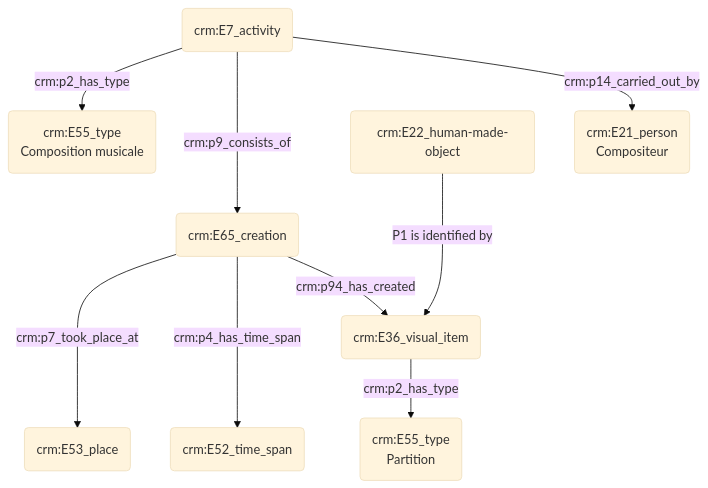
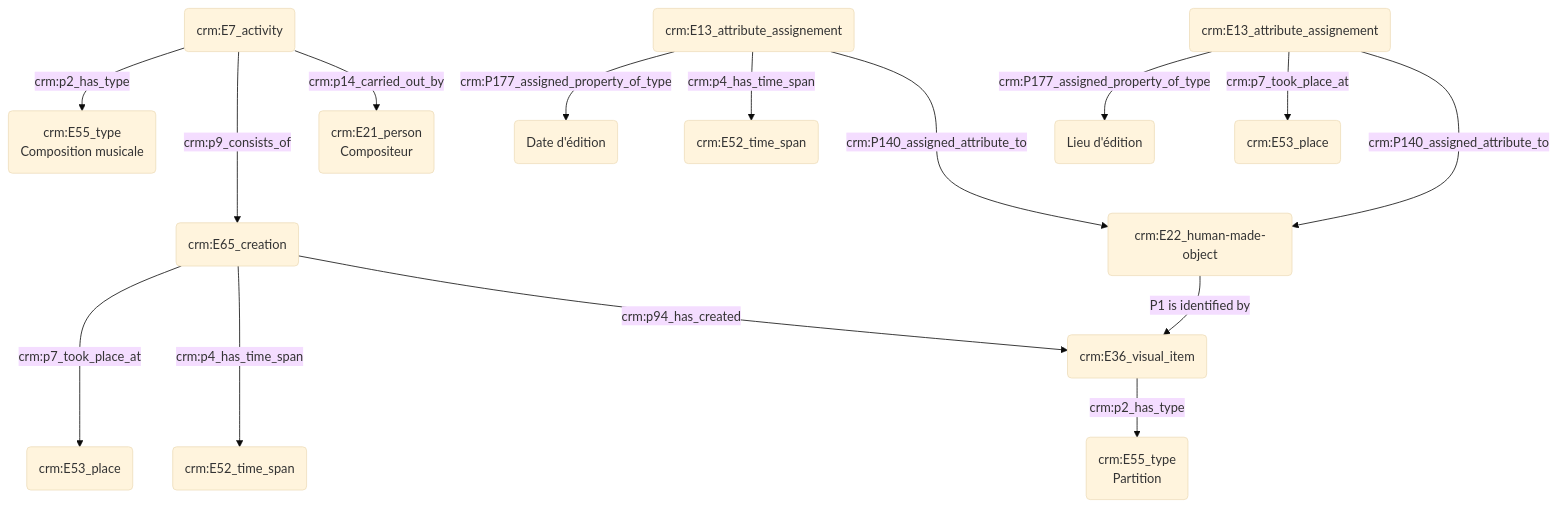
The second of 2 diagrams in modules/indexation_conceptuelle/index.md (Amleth/consortium-musica2-gt2-ontologies), drawn with Mermaid (base theme) before and after one commit. The commit also changed other lines of this file, not shown here.

````diff
--- a/modules/indexation_conceptuelle/index.md
+++ b/modules/indexation_conceptuelle/index.md
@@ -33,15 +33,23 @@
 ```mermaid
 graph TD;
 E(crm:E7_activity) --> |crm:p14_carried_out_by| C(crm:E21_person<br>Compositeur)
 A(crm:E36_visual_item) --> |crm:p2_has_type| B(crm:E55_type<br>Partition)
 E(crm:E7_activity) --->|crm:p9_consists_of| D(crm:E65_creation)
 E(crm:E7_activity) --> |crm:p2_has_type| F(crm:E55_type<br>Composition musicale)
 
 D(crm:E65_creation) --> |crm:p94_has_created| A(crm:E36_visual_item)
 D(crm:E65_creation) ---> |crm:p4_has_time_span| H(crm:E52_time_span)
 D(crm:E65_creation) ---> |crm:p7_took_place_at| I(crm:E53_place)
 
+G(crm:E22_human-made-object)--> |P1 is identified by| A(crm:E36_visual_item)
+J(crm:E13_attribute_assignement) ---> |crm:P140_assigned_attribute_to| G(crm:E22_human-made-object)
+J(crm:E13_attribute_assignement) --> |crm:p4_has_time_span| K(crm:E52_time_span)
+J(crm:E13_attribute_assignement) --> |crm:P177_assigned_property_of_type| N(Date d'édition)
 
-G(crm:E22_human-made-object)  ---> |P1 is identified by| A(crm:E36_visual_item)
+L(crm:E13_attribute_assignement) ---> |crm:P140_assigned_attribute_to| G(crm:E22_human-made-object)
+L(crm:E13_attribute_assignement) --> |crm:p7_took_place_at| M(crm:E53_place)
+L(crm:E13_attribute_assignement) --> |crm:P177_assigned_property_of_type| O(Lieu d'édition)
+
+
 
 ```
````
